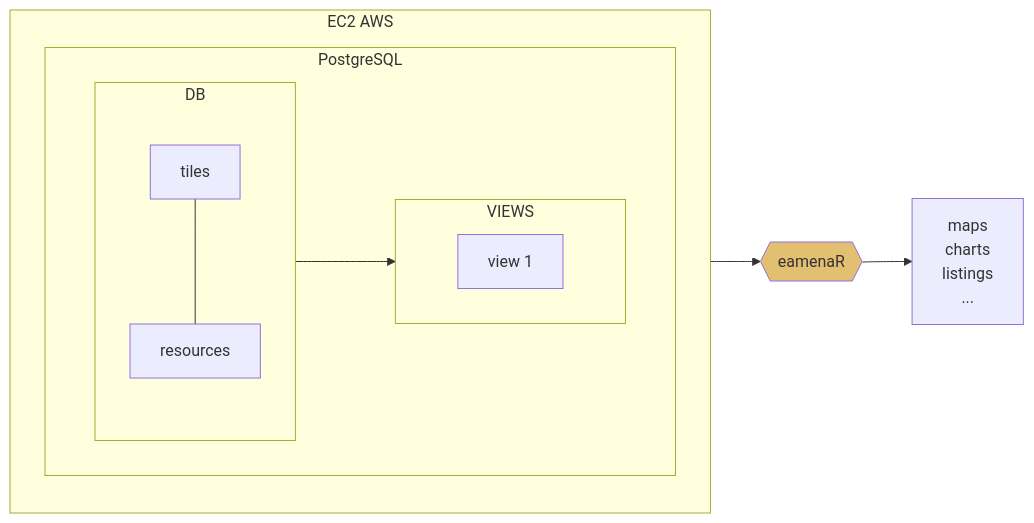
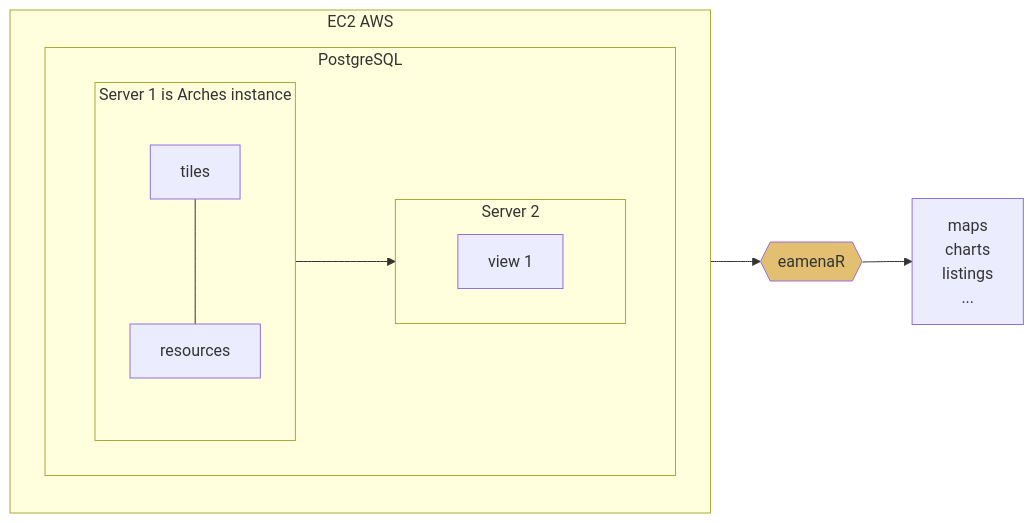
One commit to eamena-project/eamena-arches-dev changed the third of 5 diagrams in dev/README.md. Above: the diagram before and after it, drawn with Mermaid.

Commit message:
views diagram

````diff
--- a/dev/README.md
+++ b/dev/README.md
@@ -40,21 +40,21 @@
 ```mermaid
 flowchart LR
   subgraph EC2 [EC2 AWS]
     direction TB
     subgraph PostgreSQL
         direction LR
-        subgraph DB
+        subgraph DB [Server 1 is Arches instance]
             direction TB
             A[tiles] --- B[resources]
         end
-        subgraph VIEWS
+        subgraph VIEWS [Server 2]
             direction LR
             C[view 1]
         end
     end
   end
   DB --> VIEWS
   VIEWS --> D{{eamenaR}}:::eamenaRpkg
   D --> E[maps<br>charts<br>listings<br>...]
   classDef eamenaRpkg fill:#e3c071
 ```
````
